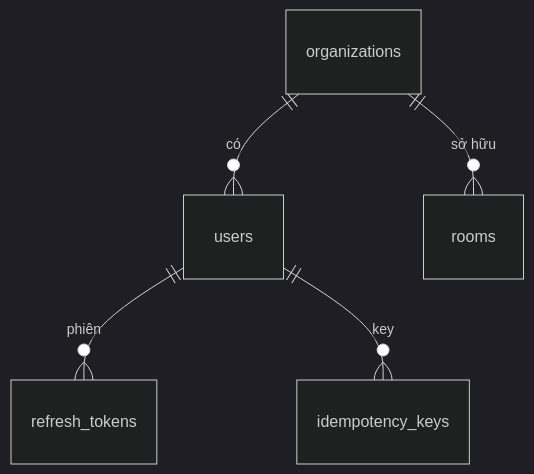
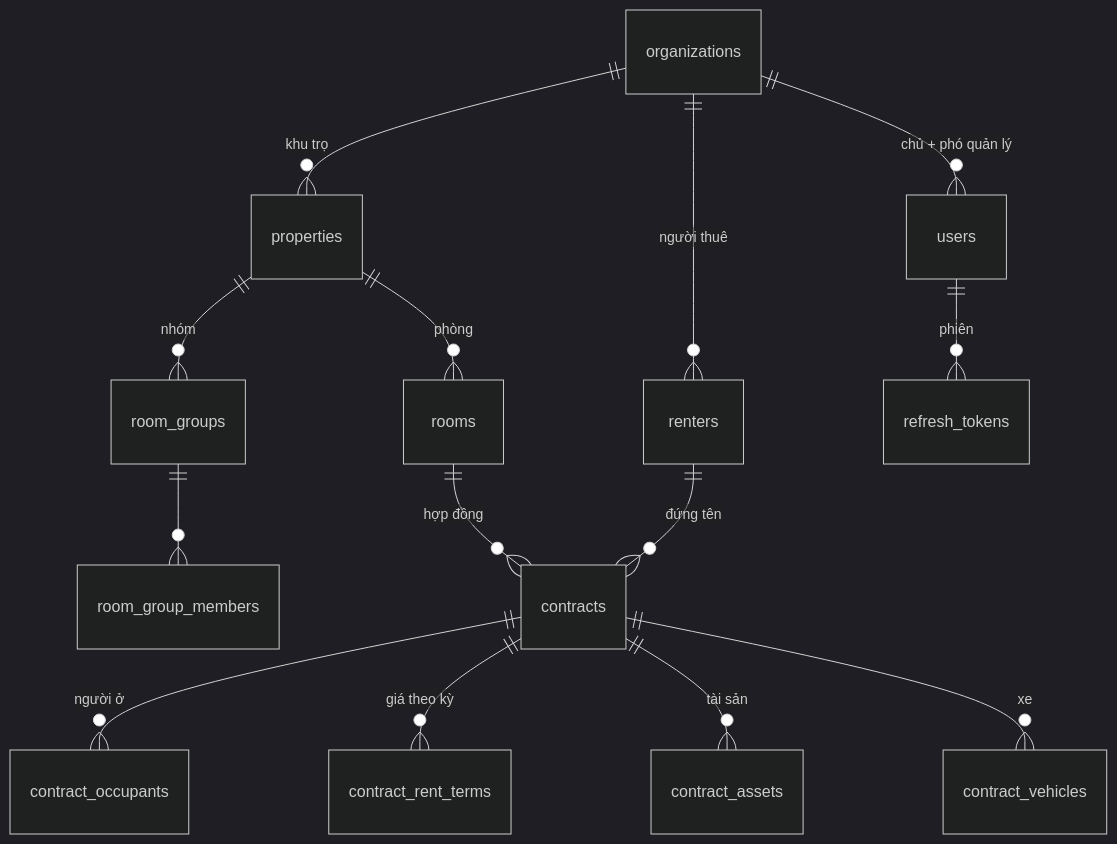
Before and after one commit to manhcuong922/renting-room: the fourth of 4 diagrams in docs/SUMMARY.md, drawn with Mermaid (dark theme). The commit also changed other lines of this file and 139 other files, not shown here.

First line of the commit message:
feat: property, room, renter, contract modules with templates, Excel export and residence rules

````diff
--- a/docs/SUMMARY.md
+++ b/docs/SUMMARY.md
@@ -84,7 +89,16 @@
 ```mermaid
 erDiagram
-  organizations ||--o{ users : "có"
-  organizations ||--o{ rooms : "sở hữu"
+  organizations ||--o{ users : "chủ + phó quản lý"
+  organizations ||--o{ properties : "khu trọ"
+  properties ||--o{ rooms : "phòng"
+  properties ||--o{ room_groups : "nhóm"
+  room_groups ||--o{ room_group_members : ""
+  organizations ||--o{ renters : "người thuê"
+  rooms ||--o{ contracts : "hợp đồng"
+  renters ||--o{ contracts : "đứng tên"
+  contracts ||--o{ contract_occupants : "người ở"
+  contracts ||--o{ contract_rent_terms : "giá theo kỳ"
+  contracts ||--o{ contract_assets : "tài sản"
+  contracts ||--o{ contract_vehicles : "xe"
   users ||--o{ refresh_tokens : "phiên"
-  users ||--o{ idempotency_keys : "key"
 ```
````
